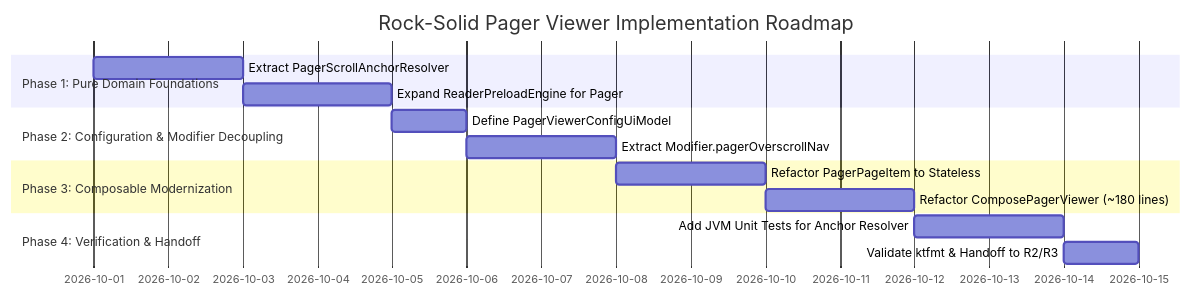
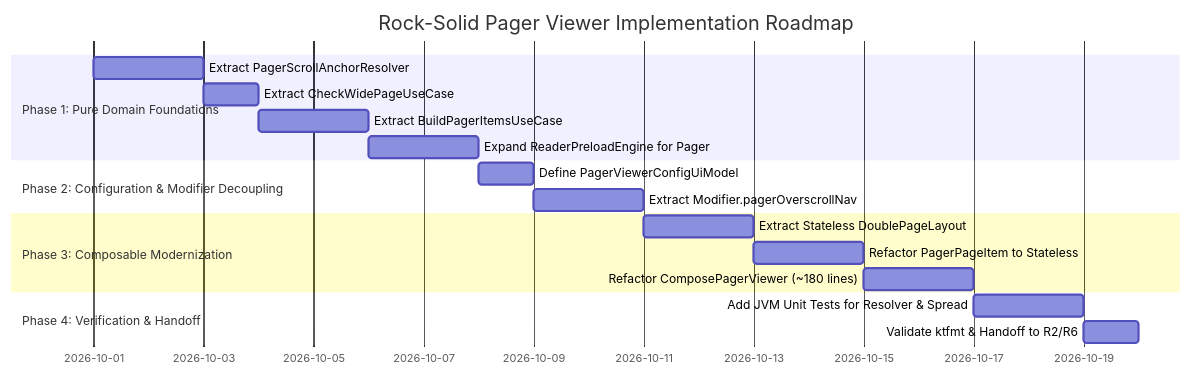
One commit to nekomangaorg/Neko changed the third of 3 diagrams in docs/proposals/reader/rock_solid_paged_compose_viewer_proposal.md. Above: the diagram before and after it, drawn with Mermaid. The commit also changed other lines of this file and 16 other files, not shown here.

First line of the commit message:
ref: extract unified reader preloader engine and two-tier pipeline (#3423)

````diff
--- a/docs/proposals/reader/rock_solid_paged_compose_viewer_proposal.md
+++ b/docs/proposals/reader/rock_solid_paged_compose_viewer_proposal.md
@@ -460,17 +572,20 @@
 ```mermaid
 gantt
     title Rock-Solid Pager Viewer Implementation Roadmap
     dateFormat  YYYY-MM-DD
     section Phase 1: Pure Domain Foundations
     Extract PagerScrollAnchorResolver       :p1_1, 2026-10-01, 2d
-    Expand ReaderPreloadEngine for Pager    :p1_2, after p1_1, 2d
+    Extract CheckWidePageUseCase            :p1_2, after p1_1, 1d
+    Extract BuildPagerItemsUseCase          :p1_3, after p1_2, 2d
+    Expand ReaderPreloadEngine for Pager    :p1_4, after p1_3, 2d
     section Phase 2: Configuration & Modifier Decoupling
-    Define PagerViewerConfigUiModel         :p2_1, after p1_2, 1d
+    Define PagerViewerConfigUiModel         :p2_1, after p1_4, 1d
     Extract Modifier.pagerOverscrollNav     :p2_2, after p2_1, 2d
     section Phase 3: Composable Modernization
-    Refactor PagerPageItem to Stateless     :p3_1, after p2_2, 2d
-    Refactor ComposePagerViewer (~180 lines):p3_2, after p3_1, 2d
+    Extract Stateless DoublePageLayout      :p3_1, after p2_2, 2d
+    Refactor PagerPageItem to Stateless     :p3_2, after p3_1, 2d
+    Refactor ComposePagerViewer (~180 lines):p3_3, after p3_2, 2d
     section Phase 4: Verification & Handoff
-    Add JVM Unit Tests for Anchor Resolver  :p4_1, after p3_2, 2d
-    Validate ktfmt & Handoff to R2/R3       :p4_2, after p4_1, 1d
+    Add JVM Unit Tests for Resolver & Spread:p4_1, after p3_3, 2d
+    Validate ktfmt & Handoff to R2/R6       :p4_2, after p4_1, 1d
 ```
````
